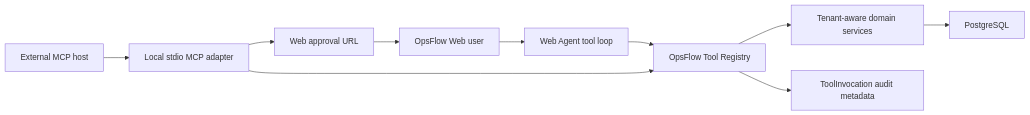
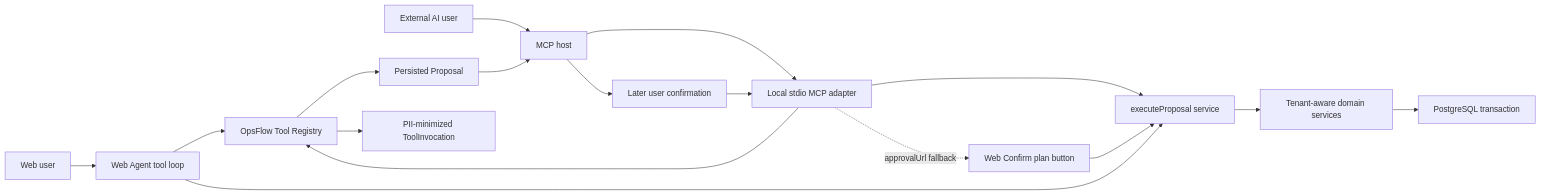
One commit to shuttle666/opsflow changed the diagram in docs/engineering/mcp.md. Above: the diagram before and after it, drawn with Mermaid. The commit also changed other lines of this file and 1 other file, not shown here.

Commit message:
docs: document conversational approval and web fallback

````diff
--- a/docs/engineering/mcp.md
+++ b/docs/engineering/mcp.md
@@ -7,12 +21,19 @@
 ```mermaid
 flowchart LR
-  WebUser["OpsFlow Web user"] --> WebAgent["Web Agent tool loop"]
-  McpUser["External MCP host"] --> Stdio["Local stdio MCP adapter"]
+  WebUser["Web user"] --> WebAgent["Web Agent tool loop"]
+  McpUser["External AI user"] --> Host["MCP host"]
+  Host --> Stdio["Local stdio MCP adapter"]
   WebAgent --> Registry["OpsFlow Tool Registry"]
   Stdio --> Registry
-  Registry --> Services["Tenant-aware domain services"]
-  Services --> Database["PostgreSQL"]
-  Registry --> Audit["ToolInvocation audit metadata"]
-  Stdio --> Approval["Web approval URL"]
-  Approval --> WebUser
+  Registry --> Proposal["Persisted Proposal"]
+  Proposal --> Host
+  Host --> Confirm["Later user confirmation"]
+  Confirm --> Stdio
+  Stdio --> Execute["executeProposal service"]
+  WebAgent --> Execute
+  WebButton["Web Confirm plan button"] --> Execute
+  Execute --> Services["Tenant-aware domain services"]
+  Services --> Database["PostgreSQL transaction"]
+  Registry --> Audit["PII-minimized ToolInvocation"]
+  Stdio -. "approvalUrl fallback" .-> WebButton
 ```
````
